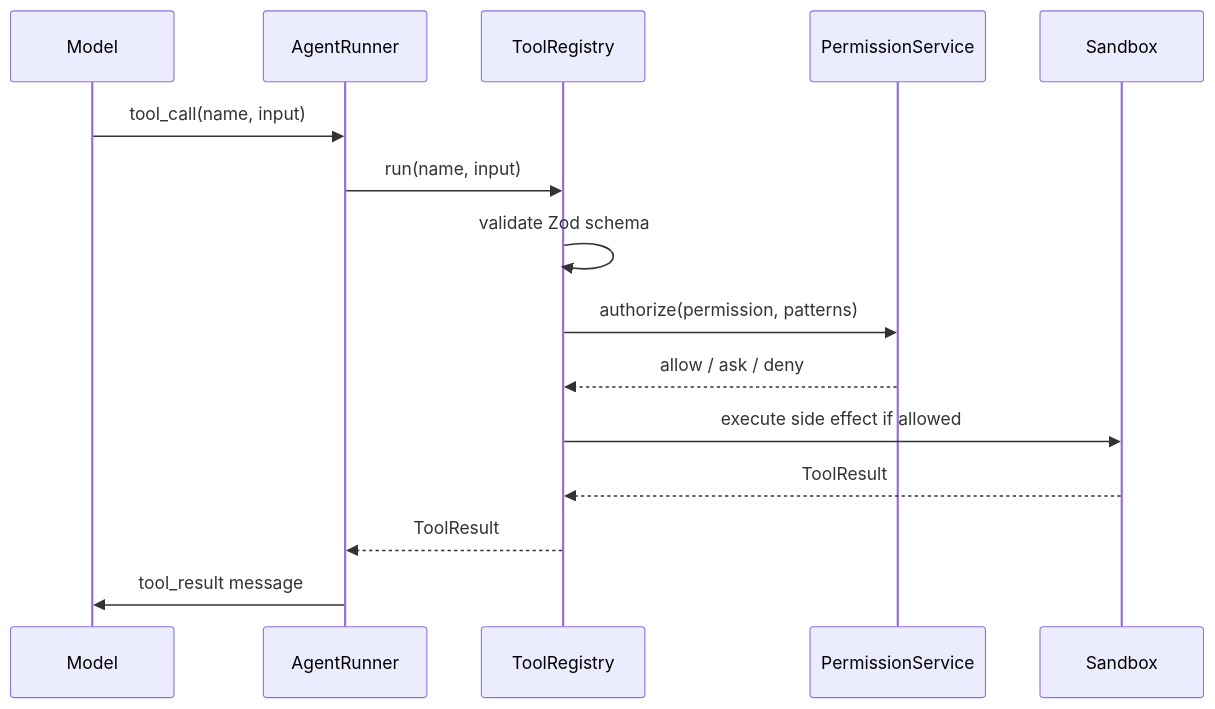
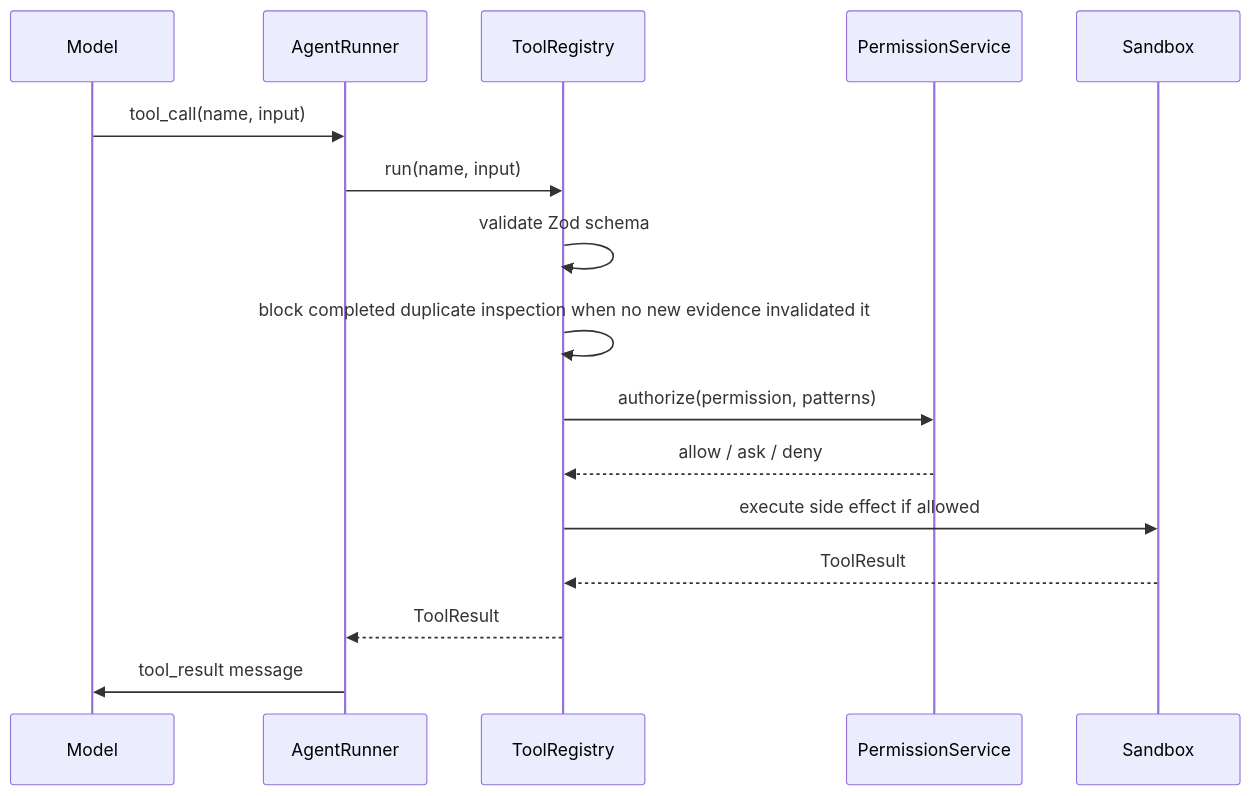
One commit to jay-cheung/easycode changed the first of 3 diagrams in specs/004-data-flow.md. Above: the diagram before and after it, drawn with Mermaid. The commit also changed other lines of this file and 48 other files, not shown here.

````diff
--- a/specs/004-data-flow.md
+++ b/specs/004-data-flow.md
@@ -22,17 +23,18 @@
 ```mermaid
 sequenceDiagram
   participant M as Model
   participant A as AgentRunner
   participant T as ToolRegistry
   participant P as PermissionService
   participant S as Sandbox
   M->>A: tool_call(name, input)
   A->>T: run(name, input)
   T->>T: validate Zod schema
+  T->>T: block completed duplicate inspection when no new evidence invalidated it
   T->>P: authorize(permission, patterns)
   P-->>T: allow / ask / deny
   T->>S: execute side effect if allowed
   S-->>T: ToolResult
   T-->>A: ToolResult
   A->>M: tool_result message
 ```
````
